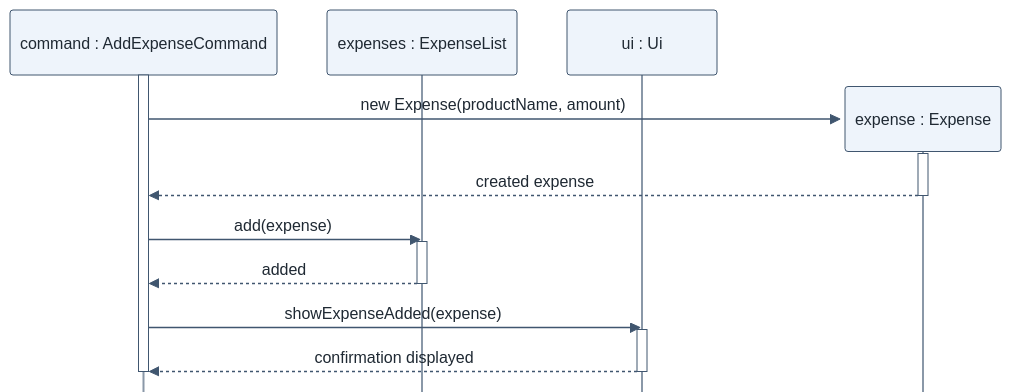
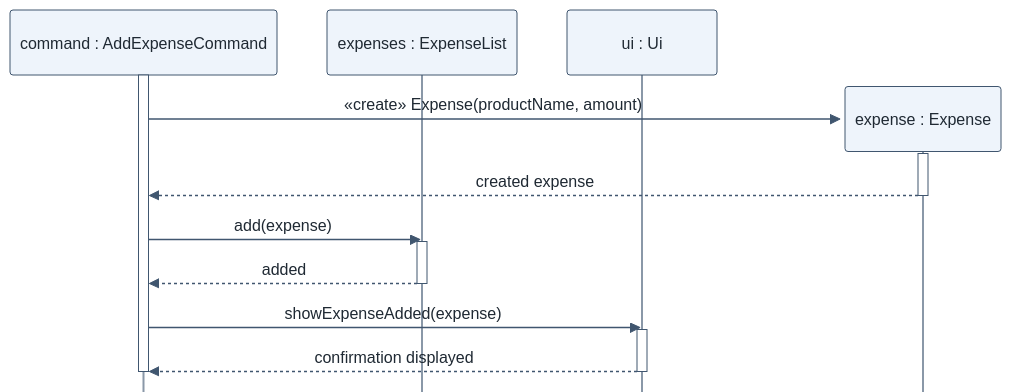
The diagram in docs/diagrams/expense-add.mmd (AY2627S1-CS2113-T11-1/tp), drawn with Mermaid before and after one commit. The commit also changed 4 other files, not shown here.

First line of the commit message:
docs: refine sequence diagram notation

```diff
--- a/docs/diagrams/expense-add.mmd
+++ b/docs/diagrams/expense-add.mmd
@@ -1,21 +1,21 @@
 %%{init: {"sequence": {"mirrorActors": false}, "themeCSS": ".actor-line { stroke-dasharray: 5 5; }", "themeVariables": {"fontSize": "20px", "actorBkg": "#eef4fb", "actorBorder": "#40566f", "actorTextColor": "#1f2933", "actorLineColor": "#8a98a8", "signalColor": "#40566f", "signalTextColor": "#1f2933", "activationBkgColor": "#ffffff", "activationBorderColor": "#40566f"}}}%%
 sequenceDiagram
     participant C as command : AddExpenseCommand
     participant L as expenses : ExpenseList
     participant U as ui : Ui
 
     activate C
     create participant E as expense : Expense
-    C->>E: new Expense(productName, amount)
+    C->>E: «create» Expense(productName, amount)
     activate E
     E-->>C: created expense
     deactivate E
     C->>L: add(expense)
     activate L
     L-->>C: added
     deactivate L
     C->>U: showExpenseAdded(expense)
     activate U
     U-->>C: confirmation displayed
     deactivate U
     deactivate C
```
